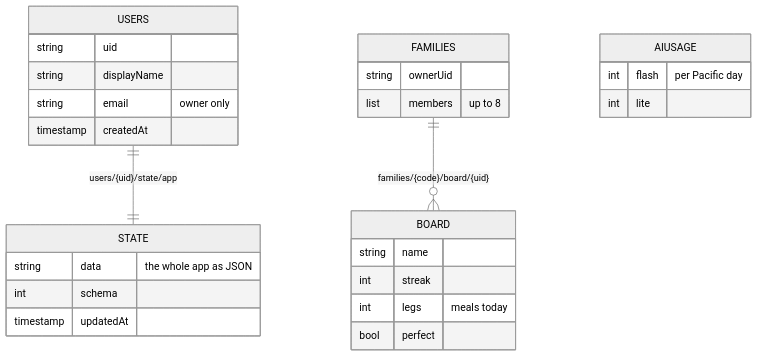
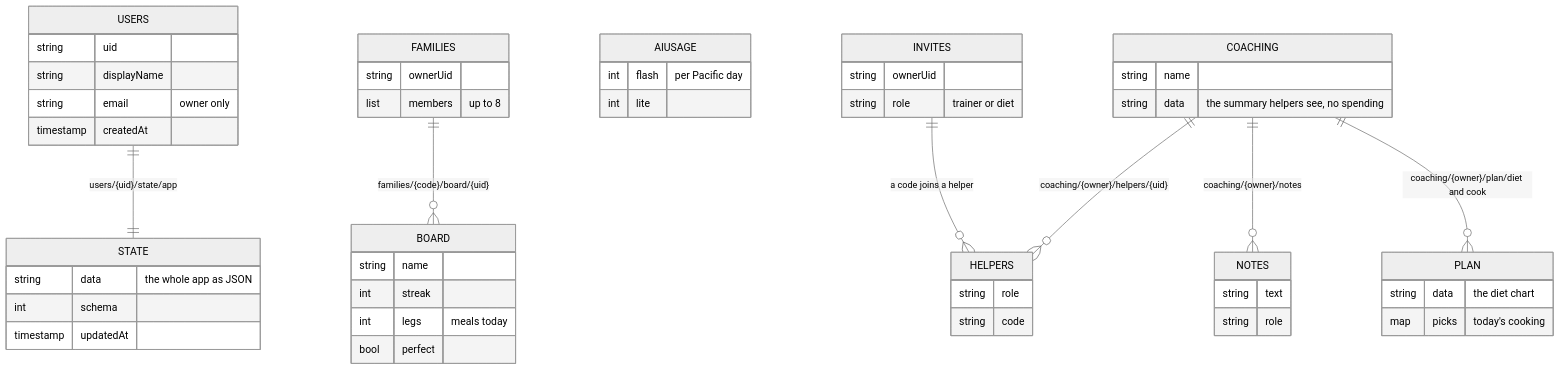
The eighth of 9 diagrams in README.md (siraajul/daur), drawn with Mermaid (neutral theme) before and after one commit. The commit also changed other lines of this file and 123 other files, not shown here.

First line of the commit message:
Redesigns, goals, Burn, fasting stages, coaching (trainer + family), Ma's page, Dau (#2)

````diff
--- a/README.md
+++ b/README.md
@@ -193,30 +322,54 @@
 ```mermaid
 erDiagram
     USERS ||--|| STATE : "users/{uid}/state/app"
     USERS {
         string uid
         string displayName
         string email "owner only"
         timestamp createdAt
     }
     STATE {
         string data "the whole app as JSON"
         int schema
         timestamp updatedAt
     }
     FAMILIES ||--o{ BOARD : "families/{code}/board/{uid}"
     FAMILIES {
         string ownerUid
         list members "up to 8"
     }
     BOARD {
         string name
         int streak
         int legs "meals today"
         bool perfect
     }
     AIUSAGE {
         int flash "per Pacific day"
         int lite
     }
+    INVITES ||--o{ HELPERS : "a code joins a helper"
+    INVITES {
+        string ownerUid
+        string role "trainer or diet"
+    }
+    COACHING ||--o{ HELPERS : "coaching/{owner}/helpers/{uid}"
+    COACHING ||--o{ NOTES : "coaching/{owner}/notes"
+    COACHING ||--o{ PLAN : "coaching/{owner}/plan/diet and cook"
+    COACHING {
+        string name
+        string data "the summary helpers see, no spending"
+    }
+    HELPERS {
+        string role
+        string code
+    }
+    NOTES {
+        string text
+        string role
+    }
+    PLAN {
+        string data "the diet chart"
+        map picks "today's cooking"
+    }
 ```
````
